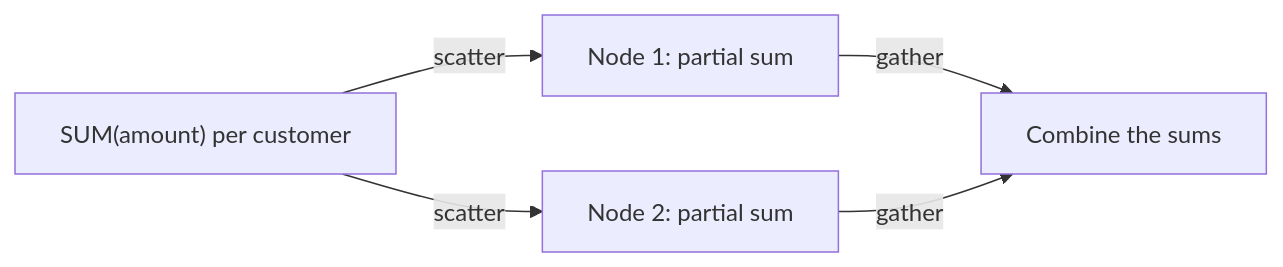
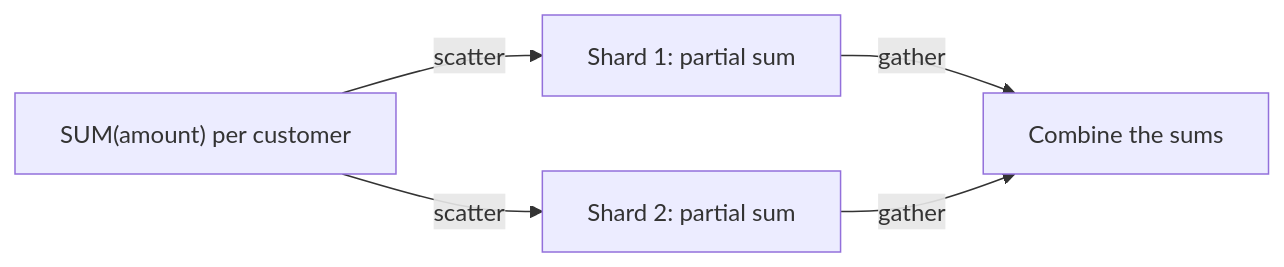
The ninth of 10 diagrams in dbms/18-partitioning-sharding.md (aaryan-pradhan/core-cs-fundamentals), drawn with Mermaid before and after one commit. The commit also changed other lines of this file, not shown here.

````diff
--- a/dbms/18-partitioning-sharding.md
+++ b/dbms/18-partitioning-sharding.md
@@ -158,7 +144,7 @@
-         ```mermaid
-         flowchart LR
-           Q["SUM(amount) per customer"] -- "scatter" --> N1["Node 1: partial sum"]
-           Q -- "scatter" --> N2["Node 2: partial sum"]
-           N1 -- "gather" --> G["Combine the sums"]
-           N2 -- "gather" --> G
-         ```
+```mermaid
+flowchart LR
+  Q["SUM(amount) per customer"] -- "scatter" --> N1["Shard 1: partial sum"]
+  Q -- "scatter" --> N2["Shard 2: partial sum"]
+  N1 -- "gather" --> G["Combine the sums"]
+  N2 -- "gather" --> G
+```
````
